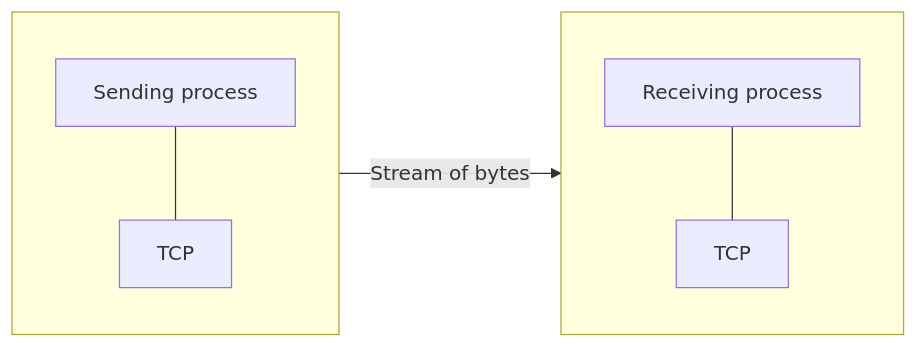
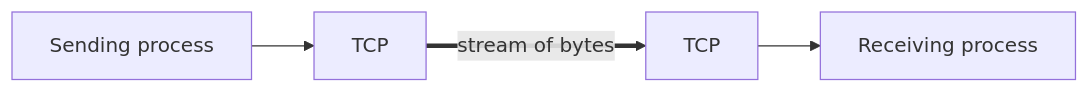
The first of 27 diagrams in Lecture-Notes/Ch08_Transmission-Control-Protocol/Concepts_Lecture.md (Choroning/25Spring_Computer-Networks), drawn with Mermaid before and after one commit. The commit also changed other lines of this file and 20 other files, not shown here.

````diff
--- a/Lecture-Notes/Ch08_Transmission-Control-Protocol/Concepts_Lecture.md
+++ b/Lecture-Notes/Ch08_Transmission-Control-Protocol/Concepts_Lecture.md
@@ -74,16 +156,6 @@
 ```mermaid
-flowchart LR
-    subgraph SND[" "]
-        direction TB
-        SP["Sending process"]
-        T1["TCP"]
-        SP --- T1
-    end
-    subgraph RCV[" "]
-        direction TB
-        RP["Receiving process"]
-        T2["TCP"]
-        RP --- T2
-    end
-    SND -->|"Stream of bytes"| RCV
+graph LR
+    SP["Sending process"] --> T1["TCP"]
+    T1 ==>|"stream of bytes"| T2["TCP"]
+    T2 --> RP["Receiving process"]
 ```
````
